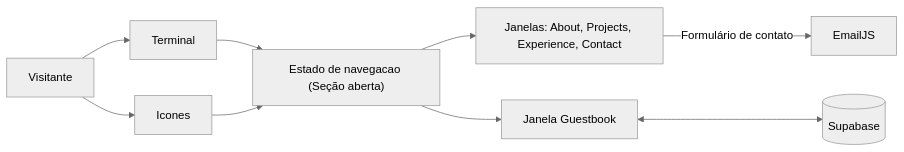
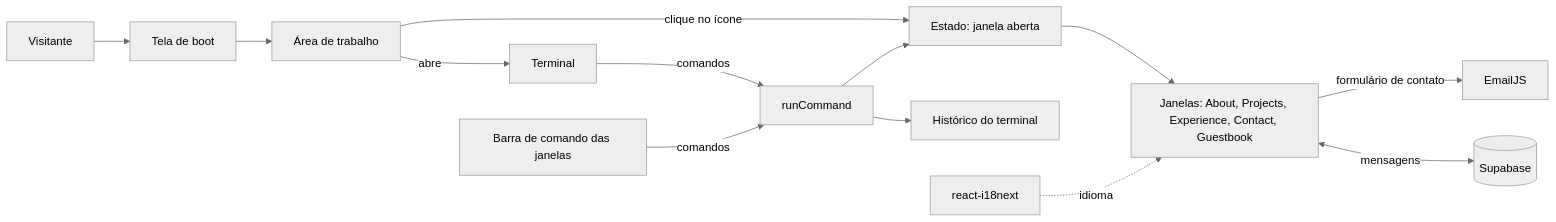
One commit to leopettersen/portifolio changed the diagram in README.md. Above: the diagram before and after it, drawn with Mermaid (neutral theme). The commit also changed other lines of this file, not shown here.

Commit message:
docs: atualiza o README com a arquitetura final, Docker e guestbook

````diff
--- a/README.md
+++ b/README.md
@@ -139,11 +195,15 @@
 ```mermaid
 flowchart LR
-  V[Visitante] --> T[Terminal]
-  V --> I[Icones]
-  T --> N["Estado de navegacao (Seção aberta)"]
-  I --> N
-  N --> J["Janelas: About, Projects, Experience, Contact"]
-  N --> G[Janela Guestbook]
-  G <--> S[(Supabase)]
-  J -->|Formulário de contato| E[EmailJS]
+  V[Visitante] --> B[Tela de boot]
+  B --> D[Área de trabalho]
+  D -->|clique no ícone| N["Estado: janela aberta"]
+  D -->|abre| T[Terminal]
+  T -->|comandos| R[runCommand]
+  W[Barra de comando das janelas] -->|comandos| R
+  R --> N
+  R --> H[Histórico do terminal]
+  N --> J["Janelas: About, Projects, Experience, Contact, Guestbook"]
+  J -->|formulário de contato| E[EmailJS]
+  J <-->|mensagens| S[(Supabase)]
+  I[react-i18next] -. idioma .-> J
 ```
````
